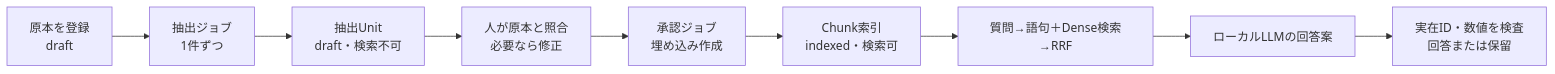
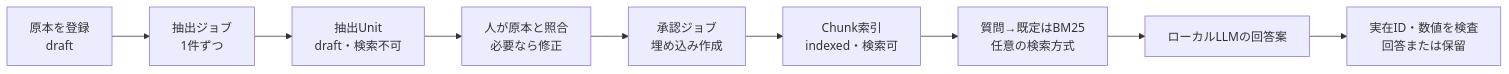
Before and after one commit to yutoo77/museum-multimodal-lab-portfolio: the second of 2 diagrams in docs/ARCHITECTURE.md, drawn with Mermaid. The commit also changed other lines of this file and 14 other files, not shown here.

````diff
--- a/docs/ARCHITECTURE.md
+++ b/docs/ARCHITECTURE.md
@@ -22,11 +24,11 @@
 ```mermaid
 flowchart LR
     U[原本を登録<br/>draft] --> X[抽出ジョブ<br/>1件ずつ]
     X --> D[抽出Unit<br/>draft・検索不可]
     D --> H[人が原本と照合<br/>必要なら修正]
     H --> A[承認ジョブ<br/>埋め込み作成]
     A --> I[Chunk索引<br/>indexed・検索可]
-    I --> Q[質問→語句＋Dense検索→RRF]
+    I --> Q[質問→既定はBM25<br/>任意の検索方式]
     Q --> G[ローカルLLMの回答案]
     G --> E[実在ID・数値を検査<br/>回答または保留]
 ```
````
